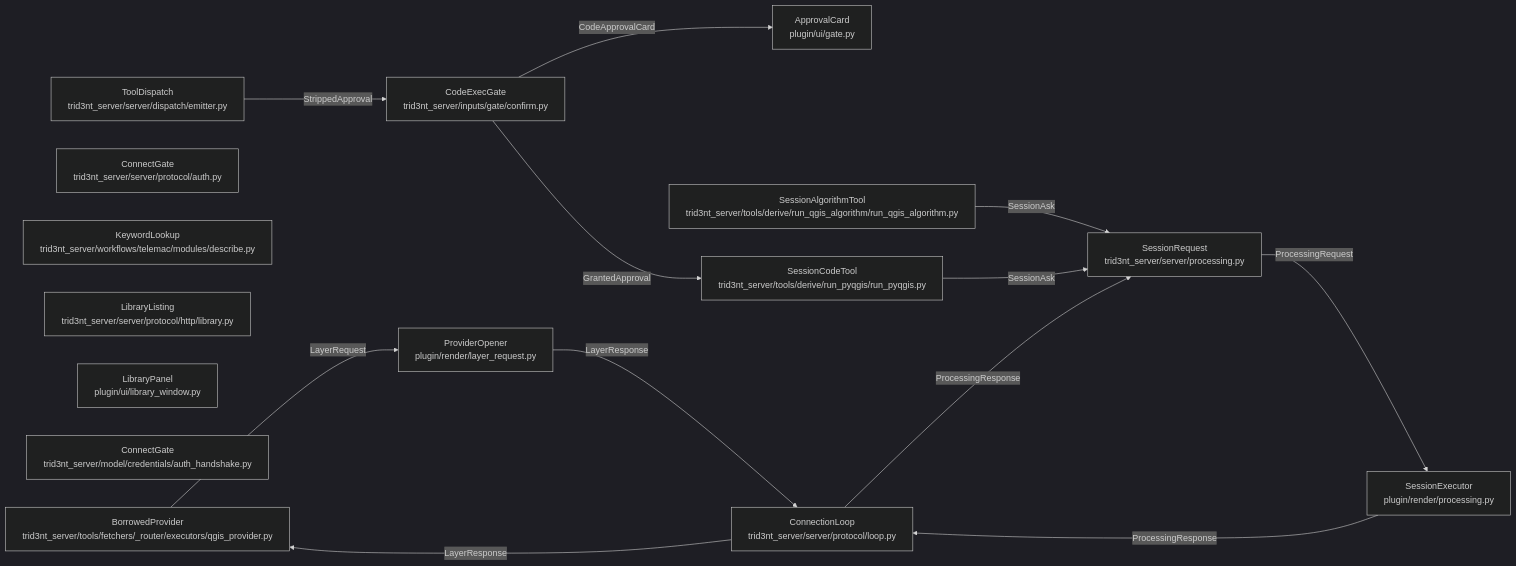
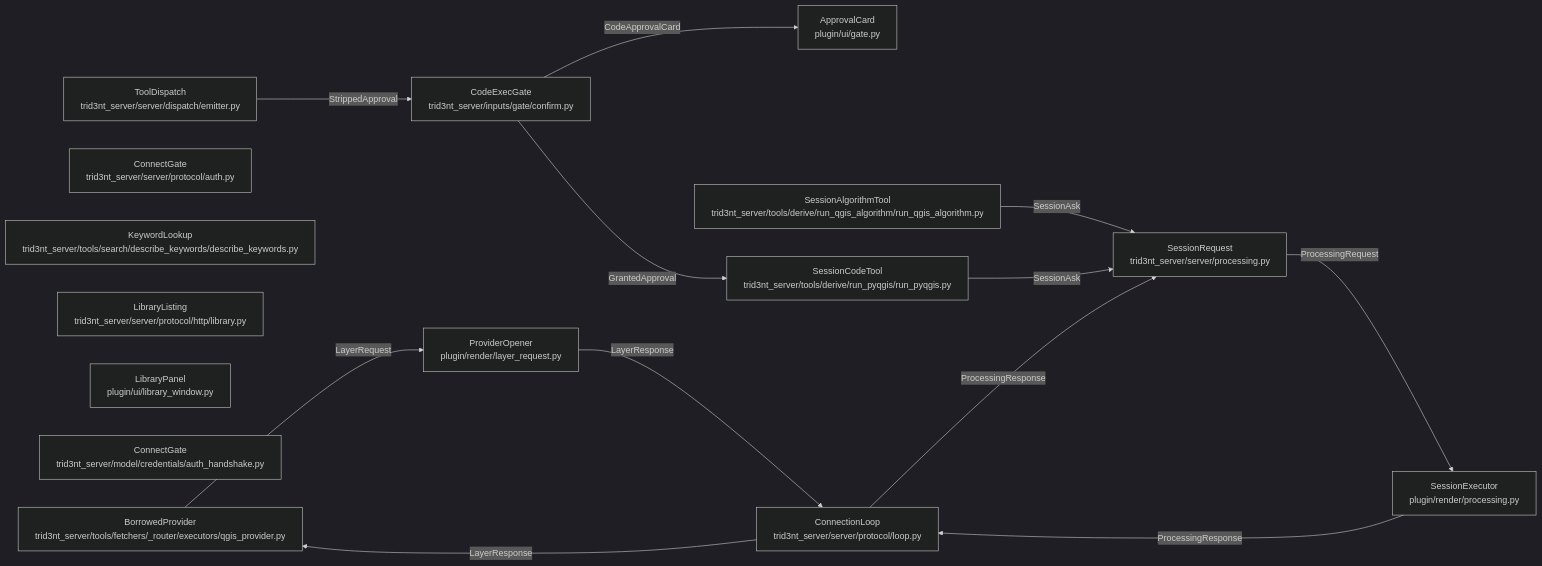
The diagram in docs/model/tool-plane-view.md (double-r-squared/trid3nt-qgis-plugin), drawn with Mermaid (dark theme) before and after one commit. The commit also changed other lines of this file and 8 other files, not shown here.

First line of the commit message:
describe_keywords: one engine-neutral read over any carried module's dictionary

````diff
--- a/docs/model/tool-plane-view.md
+++ b/docs/model/tool-plane-view.md
@@ -9,29 +9,29 @@
 ```mermaid
 flowchart LR
     approvalCard["ApprovalCard<br/>plugin/ui/gate.py"]
     borrowedProvider["BorrowedProvider<br/>trid3nt_server/tools/fetchers/_router/executors/qgis_provider.py"]
     codeExecGate["CodeExecGate<br/>trid3nt_server/inputs/gate/confirm.py"]
     connectGate["ConnectGate<br/>trid3nt_server/server/protocol/auth.py"]
     connectionLoop["ConnectionLoop<br/>trid3nt_server/server/protocol/loop.py"]
-    keywordLookup["KeywordLookup<br/>trid3nt_server/workflows/telemac/modules/describe.py"]
+    keywordLookup["KeywordLookup<br/>trid3nt_server/tools/search/describe_keywords/describe_keywords.py"]
     libraryListing["LibraryListing<br/>trid3nt_server/server/protocol/http/library.py"]
     libraryPanel["LibraryPanel<br/>plugin/ui/library_window.py"]
     mintedToken["ConnectGate<br/>trid3nt_server/model/credentials/auth_handshake.py"]
     providerOpener["ProviderOpener<br/>plugin/render/layer_request.py"]
     runPyqgis["SessionCodeTool<br/>trid3nt_server/tools/derive/run_pyqgis/run_pyqgis.py"]
     runQgisAlgorithm["SessionAlgorithmTool<br/>trid3nt_server/tools/derive/run_qgis_algorithm/run_qgis_algorithm.py"]
     sessionExecutor["SessionExecutor<br/>plugin/render/processing.py"]
     sessionRequest["SessionRequest<br/>trid3nt_server/server/processing.py"]
     toolDispatch["ToolDispatch<br/>trid3nt_server/server/dispatch/emitter.py"]
     runQgisAlgorithm -- "SessionAsk" --> sessionRequest
     codeExecGate -- "GrantedApproval" --> runPyqgis
     toolDispatch -- "StrippedApproval" --> codeExecGate
     codeExecGate -- "CodeApprovalCard" --> approvalCard
     runPyqgis -- "SessionAsk" --> sessionRequest
     providerOpener -- "LayerResponse" --> connectionLoop
     borrowedProvider -- "LayerRequest" --> providerOpener
     connectionLoop -- "LayerResponse" --> borrowedProvider
     sessionRequest -- "ProcessingRequest" --> sessionExecutor
     sessionExecutor -- "ProcessingResponse" --> connectionLoop
     connectionLoop -- "ProcessingResponse" --> sessionRequest
 ```
````
